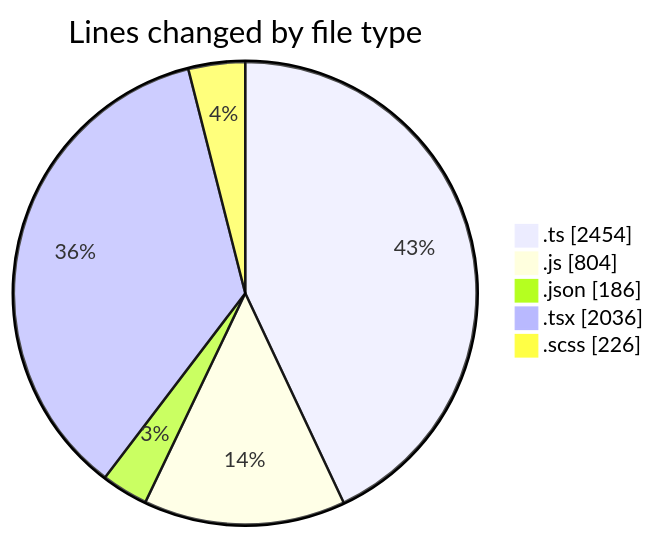
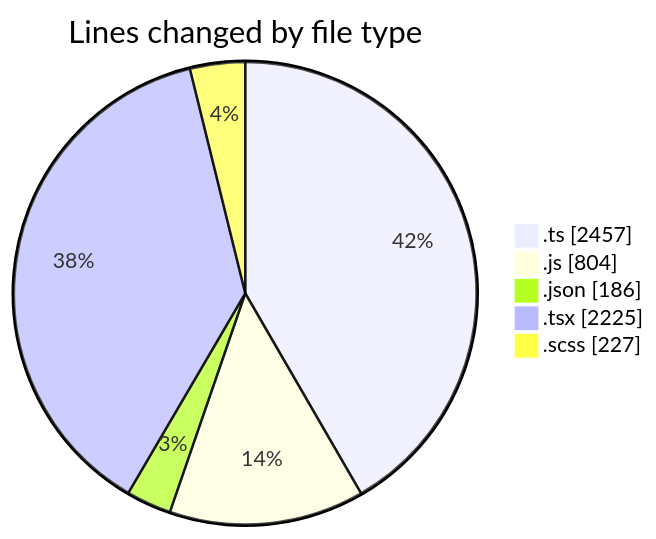
The first of 2 diagrams in 2026-06-18/cda/README.md (momahboobian/code-tracking), drawn with Mermaid before and after one commit. The commit also changed other lines of this file and 1 other file, not shown here.

````diff
--- a/2026-06-18/cda/README.md
+++ b/2026-06-18/cda/README.md
@@ -49,9 +51,9 @@
 ```mermaid
 pie showData
 title Lines changed by file type
-".ts" : 2454
+".ts" : 2457
 ".js" : 804
 ".json" : 186
-".tsx" : 2036
-".scss" : 226
+".tsx" : 2225
+".scss" : 227
 ```
````
